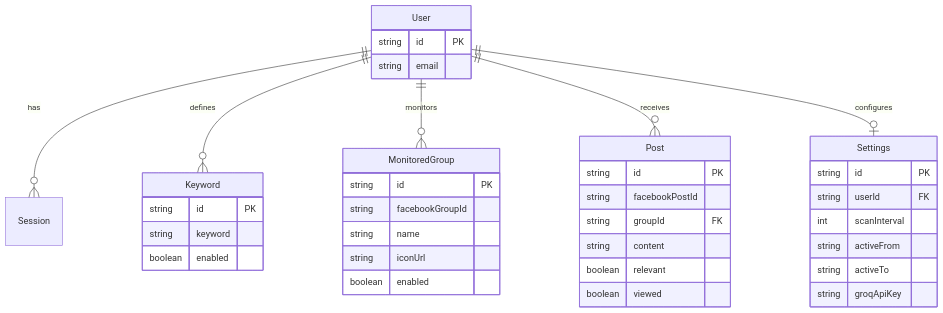
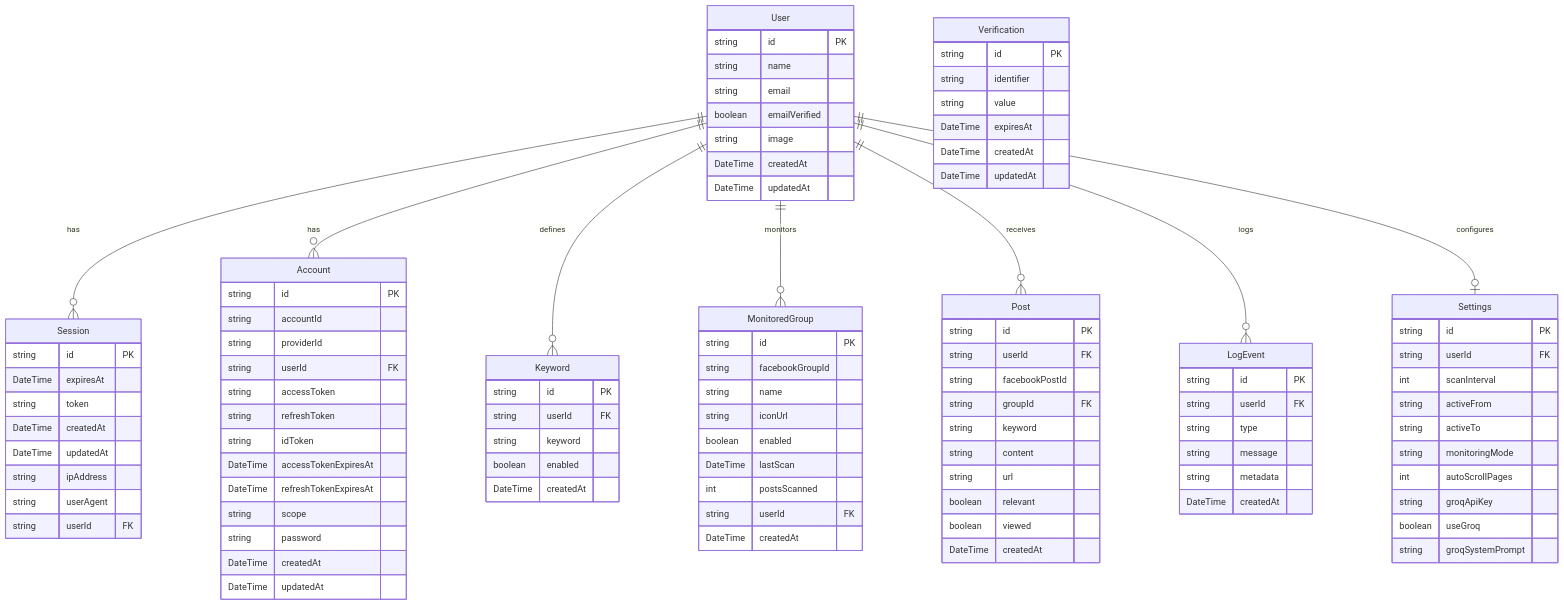
One commit to Abubakkar-Khan/GroupScout changed the second of 2 diagrams in README.md. Above: the diagram before and after it, drawn with Mermaid. The commit also changed other lines of this file and 706 other files, not shown here.

````diff
--- a/README.md
+++ b/README.md
@@ -67,14 +67,57 @@
 ```mermaid
 erDiagram
     User ||--o{ Session : has
+    User ||--o{ Account : has
     User ||--o{ Keyword : defines
     User ||--o{ MonitoredGroup : monitors
     User ||--o{ Post : receives
+    User ||--o{ LogEvent : logs
     User ||--o| Settings : configures
 
     User {
         string id PK
+        string name
         string email
+        boolean emailVerified
+        string image
+        DateTime createdAt
+        DateTime updatedAt
+    }
+
+    Session {
+        string id PK
+        DateTime expiresAt
+        string token
+        DateTime createdAt
+        DateTime updatedAt
+        string ipAddress
+        string userAgent
+        string userId FK
+    }
+
+    Account {
+        string id PK
+        string accountId
+        string providerId
+        string userId FK
+        string accessToken
+        string refreshToken
+        string idToken
+        DateTime accessTokenExpiresAt
+        DateTime refreshTokenExpiresAt
+        string scope
+        string password
+        DateTime createdAt
+        DateTime updatedAt
+    }
+
+    Verification {
+        string id PK
+        string identifier
+        string value
+        DateTime expiresAt
+        DateTime createdAt
+        DateTime updatedAt
     }
 
     Settings {
@@ -83,13 +126,19 @@
         int scanInterval
         string activeFrom
         string activeTo
+        string monitoringMode
+        int autoScrollPages
         string groqApiKey
+        boolean useGroq
+        string groqSystemPrompt
     }
 
     Keyword {
         string id PK
+        string userId FK
         string keyword
         boolean enabled
+        DateTime createdAt
     }
 
     MonitoredGroup {
@@ -98,14 +147,31 @@
         string name
         string iconUrl
         boolean enabled
+        DateTime lastScan
+        int postsScanned
+        string userId FK
+        DateTime createdAt
+    }
+
+    LogEvent {
+        string id PK
+        string userId FK
+        string type
+        string message
+        string metadata
+        DateTime createdAt
     }
 
     Post {
         string id PK
+        string userId FK
         string facebookPostId
         string groupId FK
+        string keyword
         string content
+        string url
         boolean relevant
         boolean viewed
+        DateTime createdAt
     }
 ```
````
